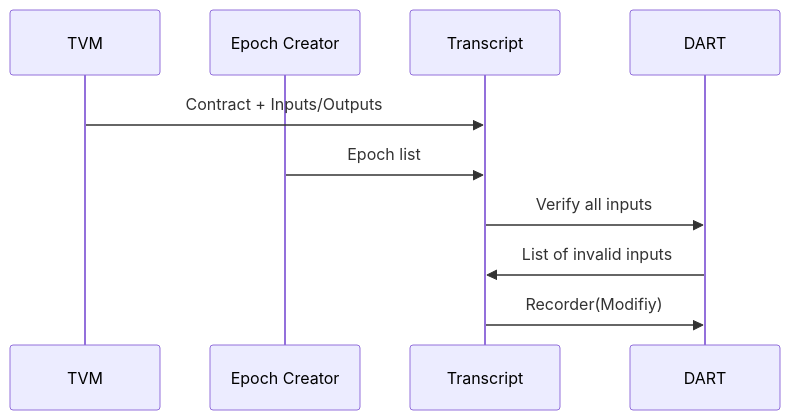
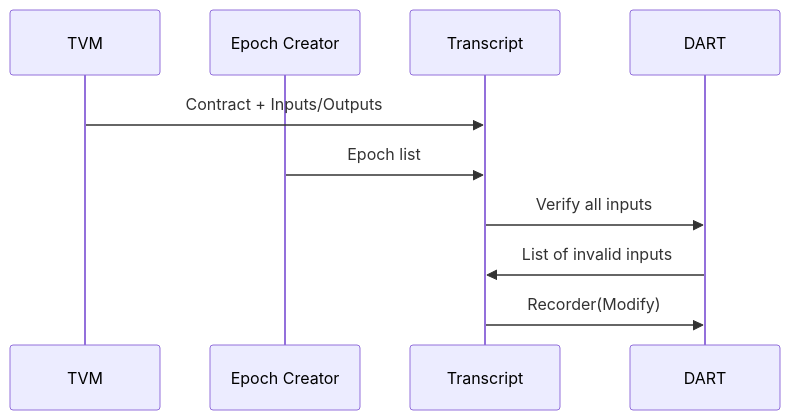
One commit to tagion/tagion changed the diagram in docs/docs/architecture/Transcript.md. Above: the diagram before and after it, drawn with Mermaid. The commit also changed other lines of this file and 133 other files, not shown here.

````diff
--- a/docs/docs/architecture/Transcript.md
+++ b/docs/docs/architecture/Transcript.md
@@ -34,12 +34,12 @@
 ```mermaid
 sequenceDiagram
     participant TVM 
     participant Epoch Creator 
     participant Transcript
     participant DART 
     TVM ->> Transcript: Contract + Inputs/Outputs
     Epoch Creator ->> Transcript: Epoch list  
     Transcript ->> DART:  Verify all inputs 
     DART ->> Transcript : List of invalid inputs 
-    Transcript ->> DART: Recorder(Modifiy)
+    Transcript ->> DART: Recorder(Modify)
 ```
````
